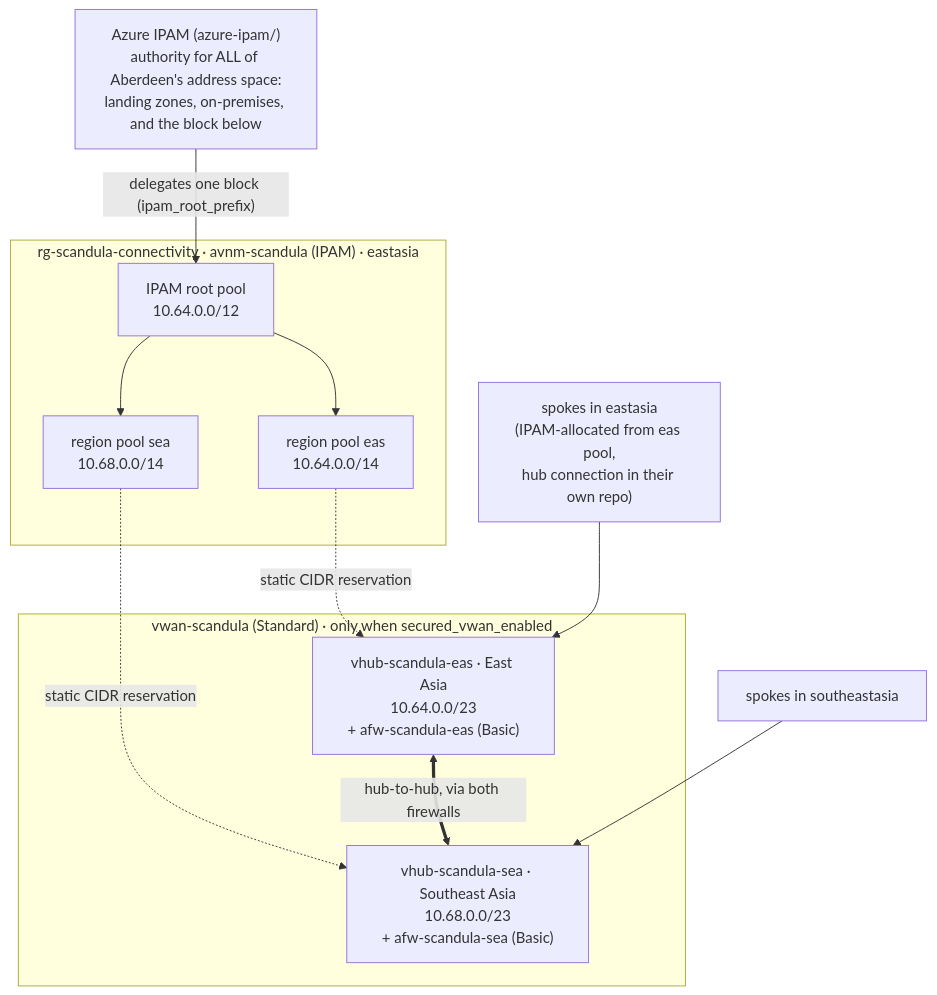
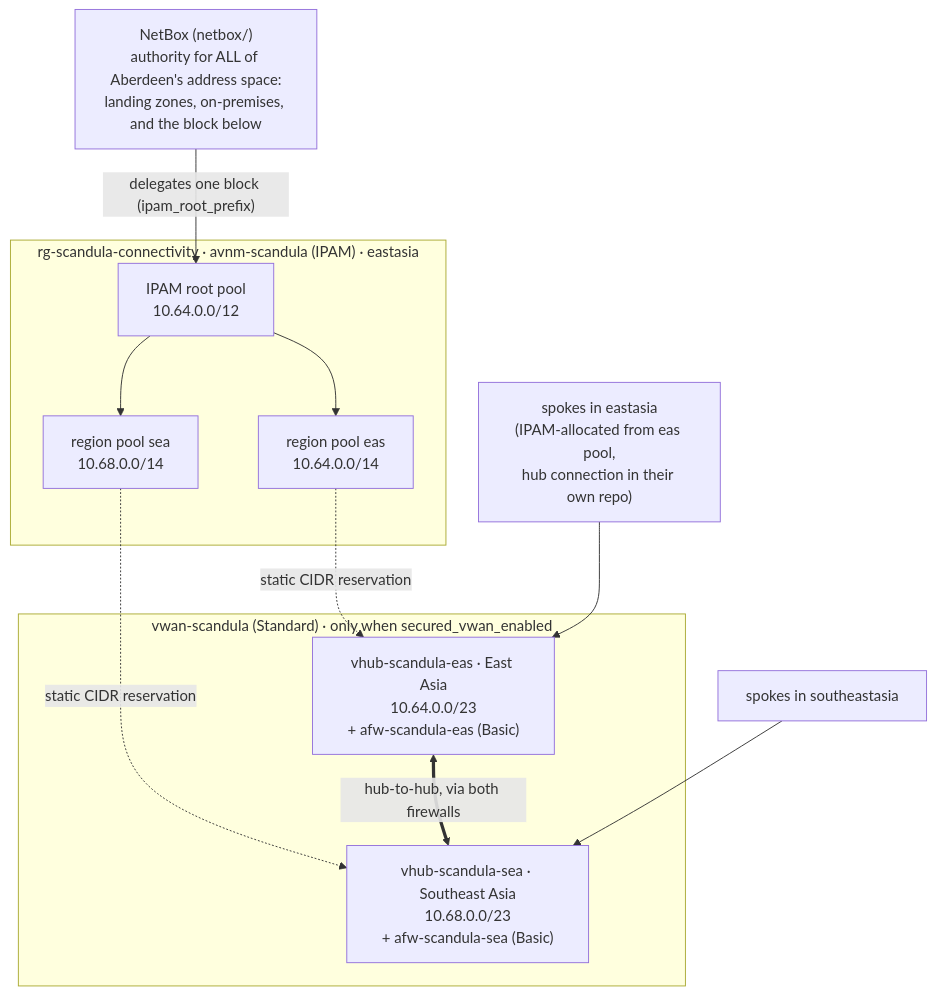
Before and after one commit to benoitnvl/scandula: the diagram in docs/design.md, drawn with Mermaid. The commit also changed other lines of this file and 36 other files, not shown here.

````diff
--- a/docs/design.md
+++ b/docs/design.md
@@ -5,26 +5,26 @@
 ```mermaid
 flowchart TB
-  azipam["Azure IPAM (azure-ipam/)<br/>authority for ALL of Aberdeen's address space:<br/>landing zones, on-premises, and the block below"]
+  azipam["NetBox (netbox/)<br/>authority for ALL of Aberdeen's address space:<br/>landing zones, on-premises, and the block below"]
 
   subgraph cp["rg-scandula-connectivity · avnm-scandula (IPAM) · eastasia"]
     root["IPAM root pool<br/>10.64.0.0/12"]
     easPool["region pool eas<br/>10.64.0.0/14"]
     seaPool["region pool sea<br/>10.68.0.0/14"]
     root --> easPool
     root --> seaPool
   end
 
   subgraph vwan["vwan-scandula (Standard) · only when secured_vwan_enabled"]
     hubEas["vhub-scandula-eas · East Asia<br/>10.64.0.0/23<br/>+ afw-scandula-eas (Basic)"]
     hubSea["vhub-scandula-sea · Southeast Asia<br/>10.68.0.0/23<br/>+ afw-scandula-sea (Basic)"]
     hubEas <== "hub-to-hub, via both firewalls" ==> hubSea
   end
 
   azipam -- "delegates one block (ipam_root_prefix)" --> root
 
   easPool -. "static CIDR reservation" .-> hubEas
   seaPool -. "static CIDR reservation" .-> hubSea
 
   spokesEas["spokes in eastasia<br/>(IPAM-allocated from eas pool,<br/>hub connection in their own repo)"] --> hubEas
   spokesSea["spokes in southeastasia"] --> hubSea
 ```
````
